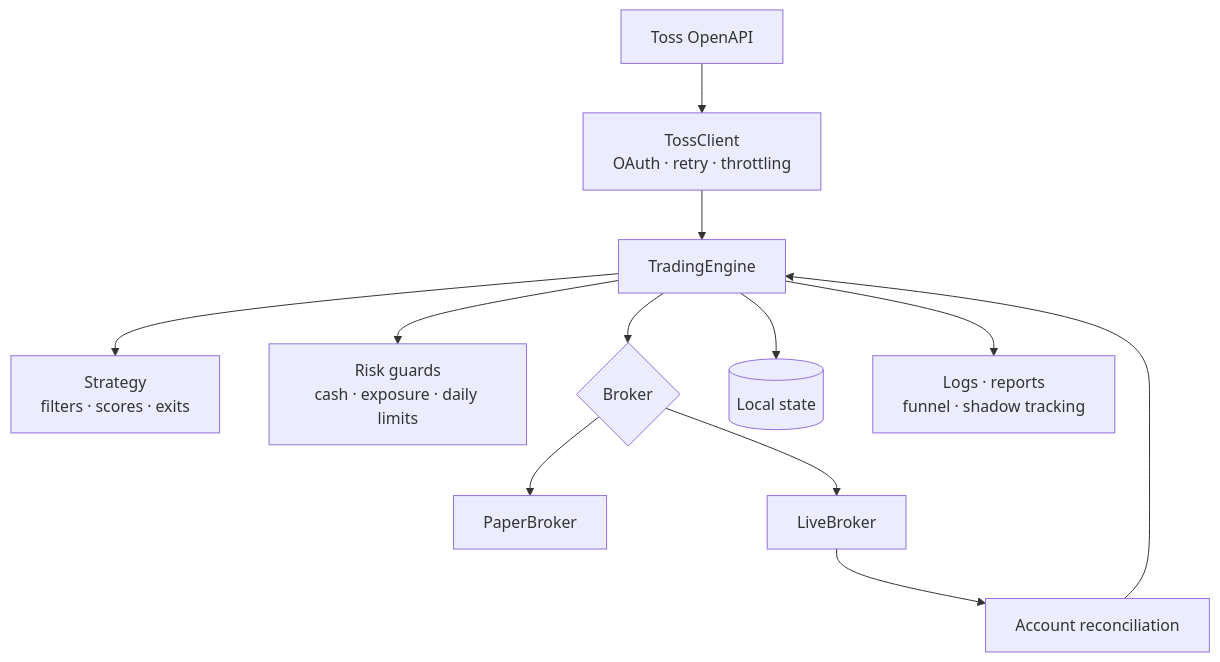
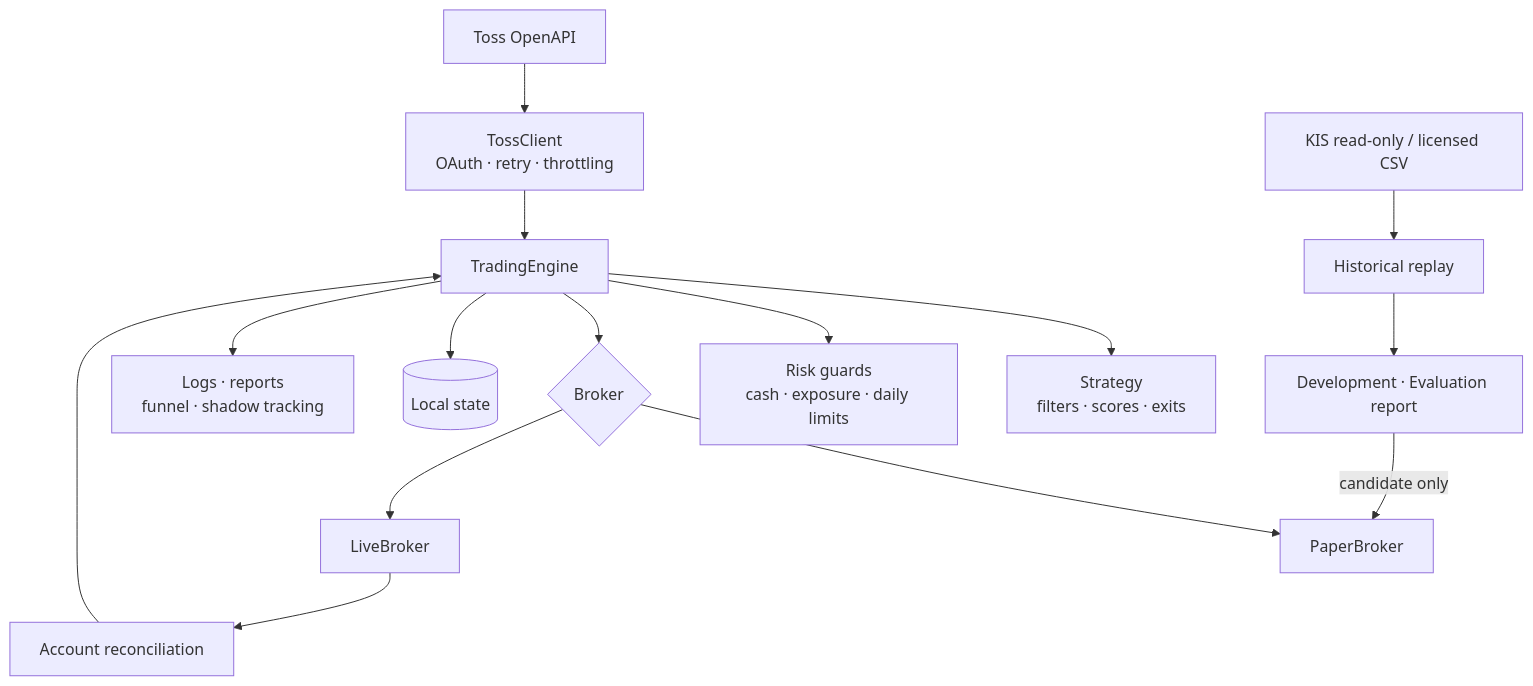
Before and after one commit to SaRangWOO/toss-auto-trading: the second of 2 diagrams in README.md, drawn with Mermaid. The commit also changed other lines of this file and 33 other files, not shown here.

Commit message:
Publish parallel paper research and beginner operating guides

````diff
--- a/README.md
+++ b/README.md
@@ -87,14 +108,17 @@
 ```mermaid
 flowchart TD
     API[Toss OpenAPI] --> CLIENT[TossClient<br/>OAuth · retry · throttling]
     CLIENT --> ENGINE[TradingEngine]
     ENGINE --> STRATEGY[Strategy<br/>filters · scores · exits]
     ENGINE --> RISK[Risk guards<br/>cash · exposure · daily limits]
     ENGINE --> BROKER{Broker}
     BROKER --> PAPER[PaperBroker]
     BROKER --> LIVE[LiveBroker]
     ENGINE --> STATE[(Local state)]
     ENGINE --> OBS[Logs · reports<br/>funnel · shadow tracking]
     LIVE --> RECON[Account reconciliation]
     RECON --> ENGINE
+    EXT[KIS read-only / licensed CSV] --> RESEARCH[Historical replay]
+    RESEARCH --> EVAL[Development · Evaluation report]
+    EVAL -->|candidate only| PAPER
 ```
````
